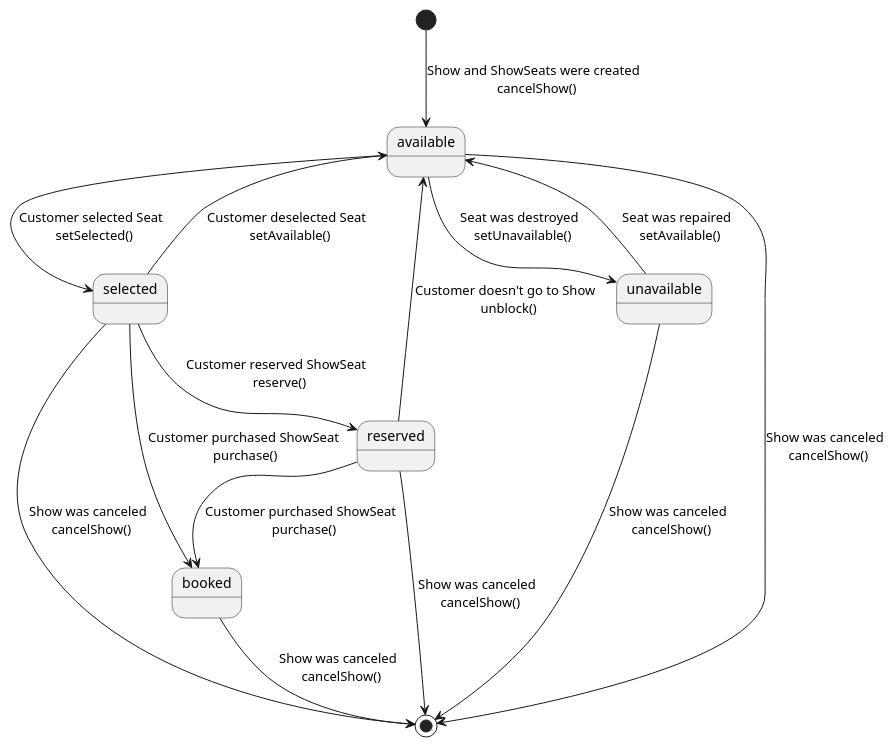
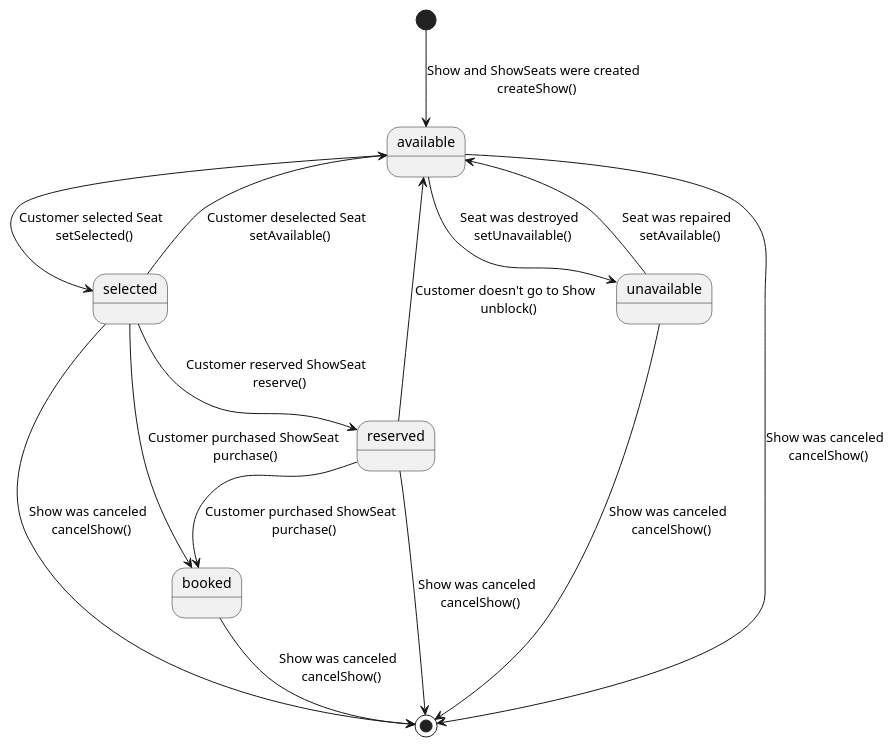
The diagram in assets/statediagram - showseat.puml (Akito3110/kino-ticket-verkauf), drawn with PlantUML before and after one commit.

Commit message:
solved mistake in statediagram

```diff
--- a/assets/statediagram - showseat.puml
+++ b/assets/statediagram - showseat.puml
@@ -1,25 +1,25 @@
 @startuml
 'https://plantuml.com/state-diagram
 
 state "booked" as b
 state "available" as a
 state "reserved" as r
 state "selected" as s
 state "unavailable" as u
 
-[*] --> a : Show and ShowSeats were created \n cancelShow()
+[*] --> a : Show and ShowSeats were created \n createShow()
 a --> u : Seat was destroyed \n setUnavailable()
 u --> a : Seat was repaired \n setAvailable()
 a --> s : Customer selected Seat \n setSelected()
 s --> a : Customer deselected Seat \n setAvailable()
 s --> r : Customer reserved ShowSeat \n reserve()
 s --> b : Customer purchased ShowSeat\n purchase()
 r --> b : Customer purchased ShowSeat \n purchase()
 r --> a : Customer doesn't go to Show \n unblock()
 a --> [*] : Show was canceled \n cancelShow()
 b --> [*] : Show was canceled \n cancelShow()
 r --> [*] : Show was canceled \n cancelShow()
 s --> [*] : Show was canceled \n cancelShow()
 u --> [*] : Show was canceled \n cancelShow()
 
 @enduml
```
